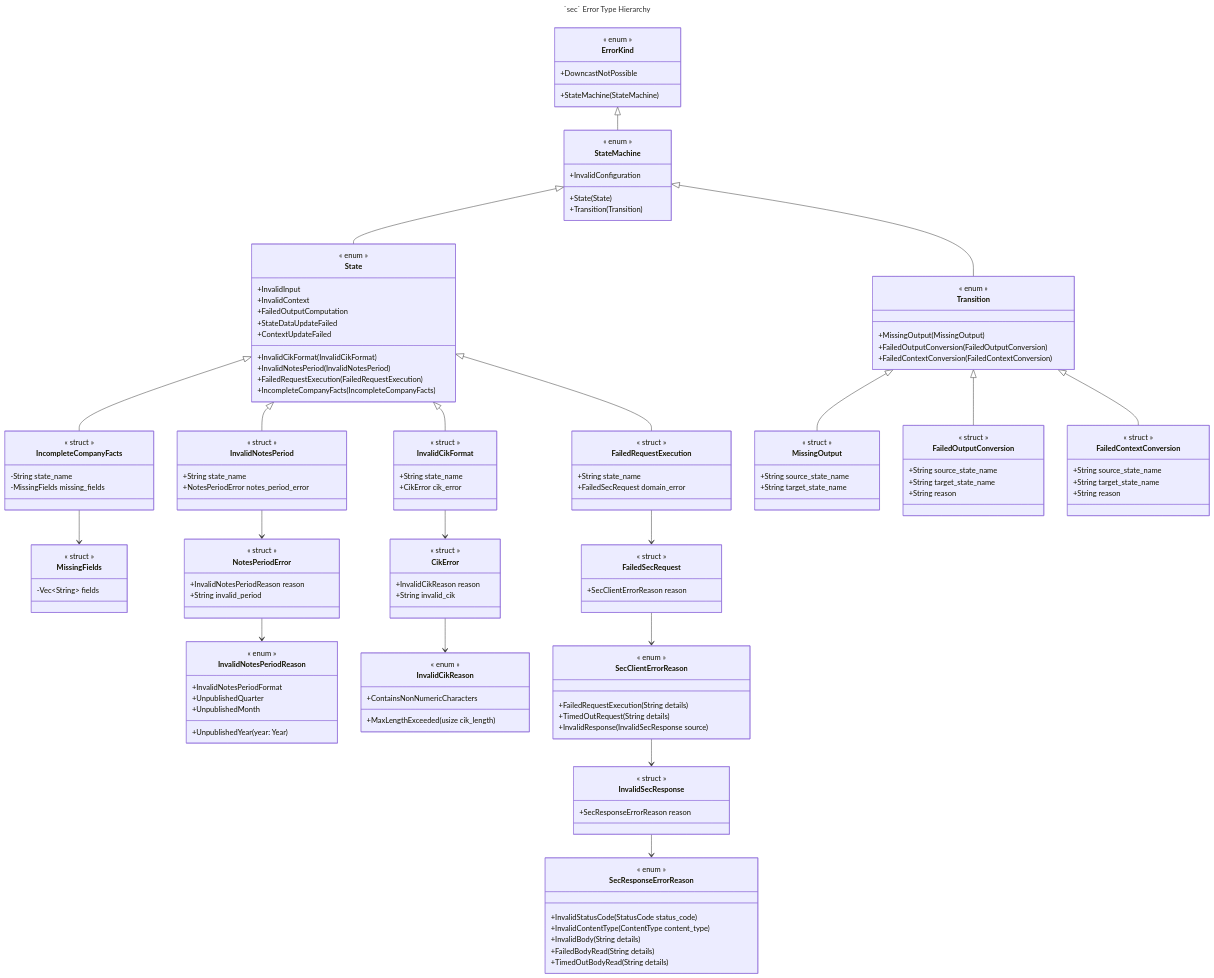
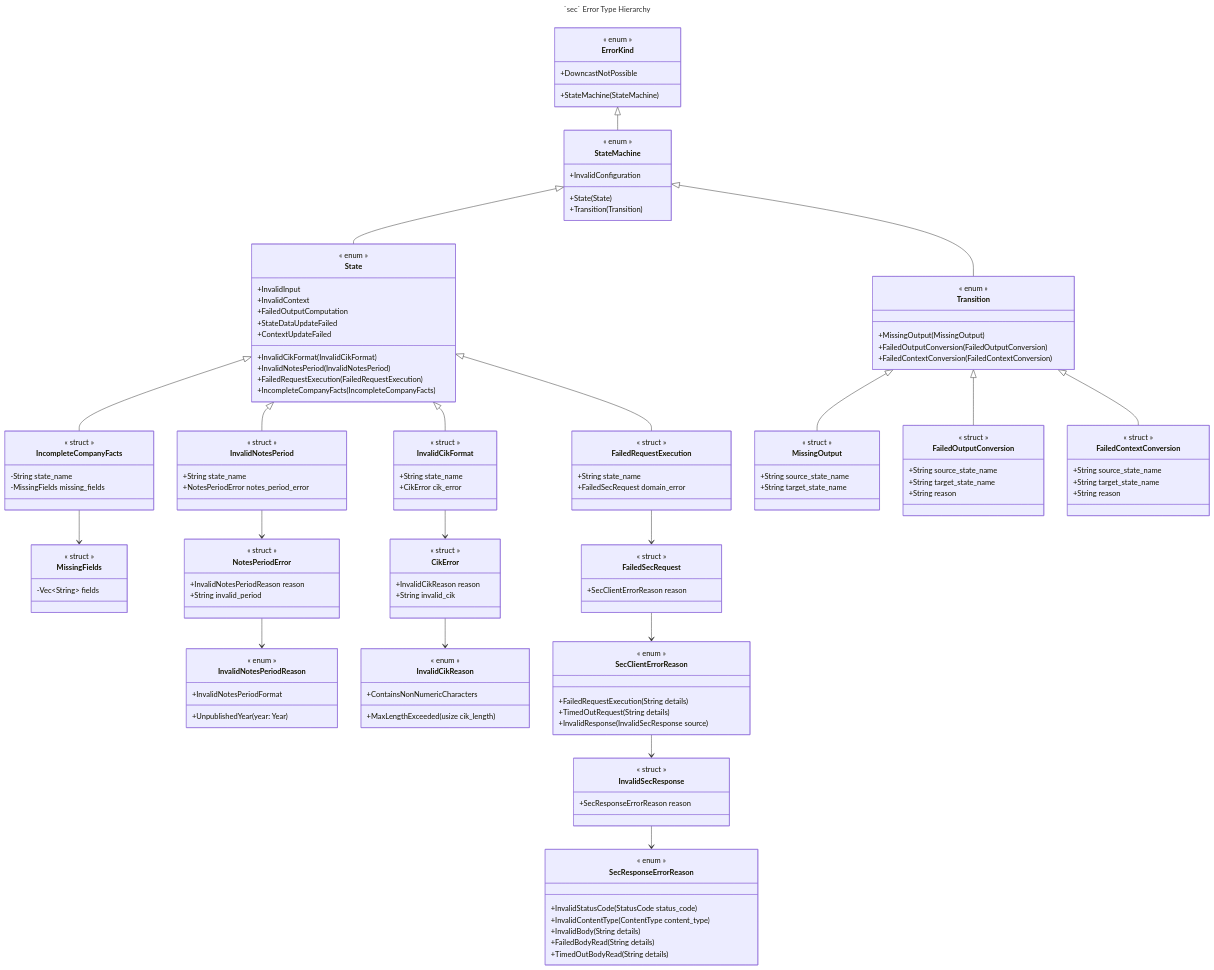
The third of 3 diagrams in README.md (ironcapitaleu/arkad), drawn with Mermaid before and after one commit. The commit also changed 15 other files, not shown here.

```diff
--- a/README.md
+++ b/README.md
@@ -365,8 +365,6 @@
         %% Why a string failed Notes period validation
         +InvalidNotesPeriodFormat
         +UnpublishedYear(year: Year)
-        +UnpublishedQuarter
-        +UnpublishedMonth
     }
 
     class CikError{
```
